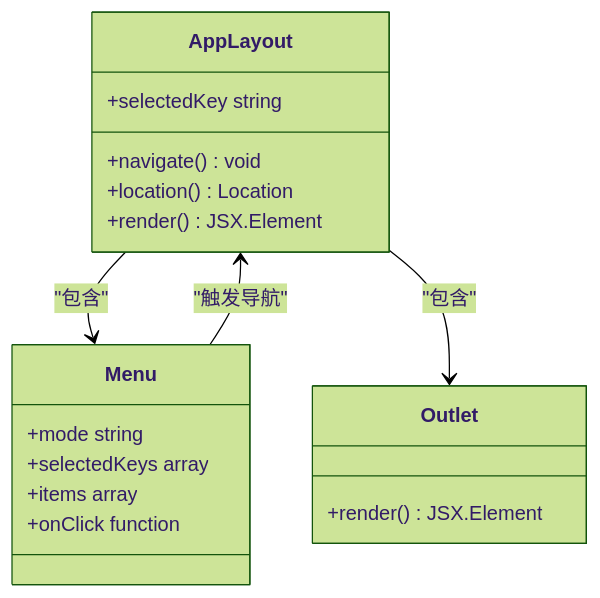
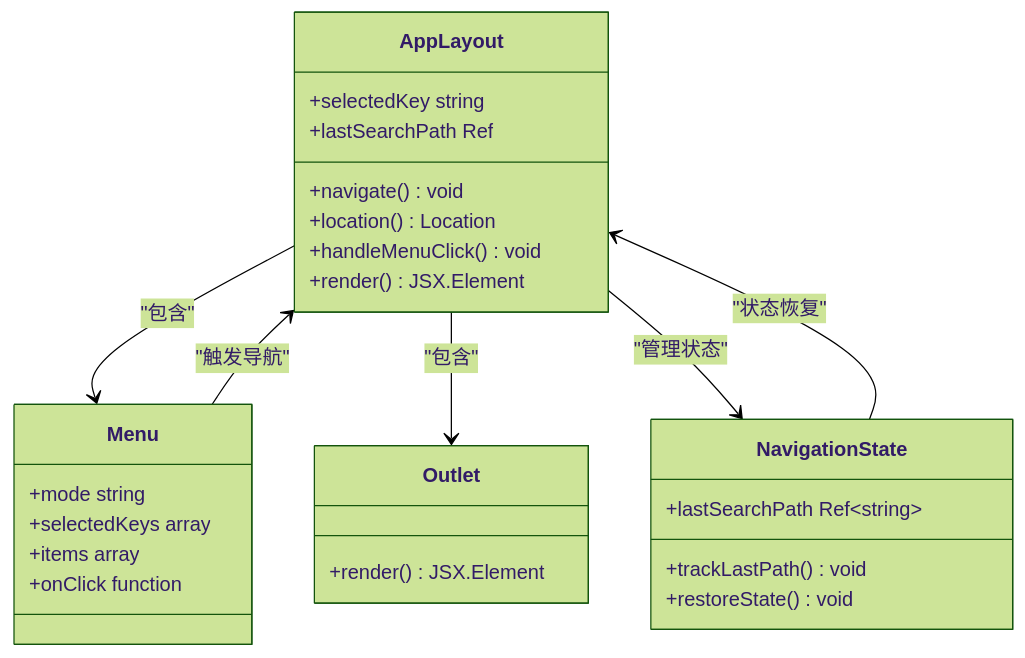
One commit to gree-coder/fund-butler changed the third of 15 diagrams in .qoder/repowiki/zh/content/核心功能开发/SPA路由支持.md. Above: the diagram before and after it, drawn with Mermaid (forest theme). The commit also changed other lines of this file and 12 other files, not shown here.

````diff
--- a/.qoder/repowiki/zh/content/核心功能开发/SPA路由支持.md
+++ b/.qoder/repowiki/zh/content/核心功能开发/SPA路由支持.md
@@ -115,21 +132,30 @@
 ```mermaid
 classDiagram
 class AppLayout {
 +navigate() void
 +location() Location
 +selectedKey string
++lastSearchPath Ref
++handleMenuClick() void
 +render() JSX.Element
 }
 class Menu {
 +mode string
 +selectedKeys array
 +items array
 +onClick function
 }
 class Outlet {
 +render() JSX.Element
 }
+class NavigationState {
++lastSearchPath Ref~string~
++trackLastPath() void
++restoreState() void
+}
 AppLayout --> Menu : "包含"
 AppLayout --> Outlet : "包含"
+AppLayout --> NavigationState : "管理状态"
 Menu --> AppLayout : "触发导航"
+NavigationState --> AppLayout : "状态恢复"
 ```
````
